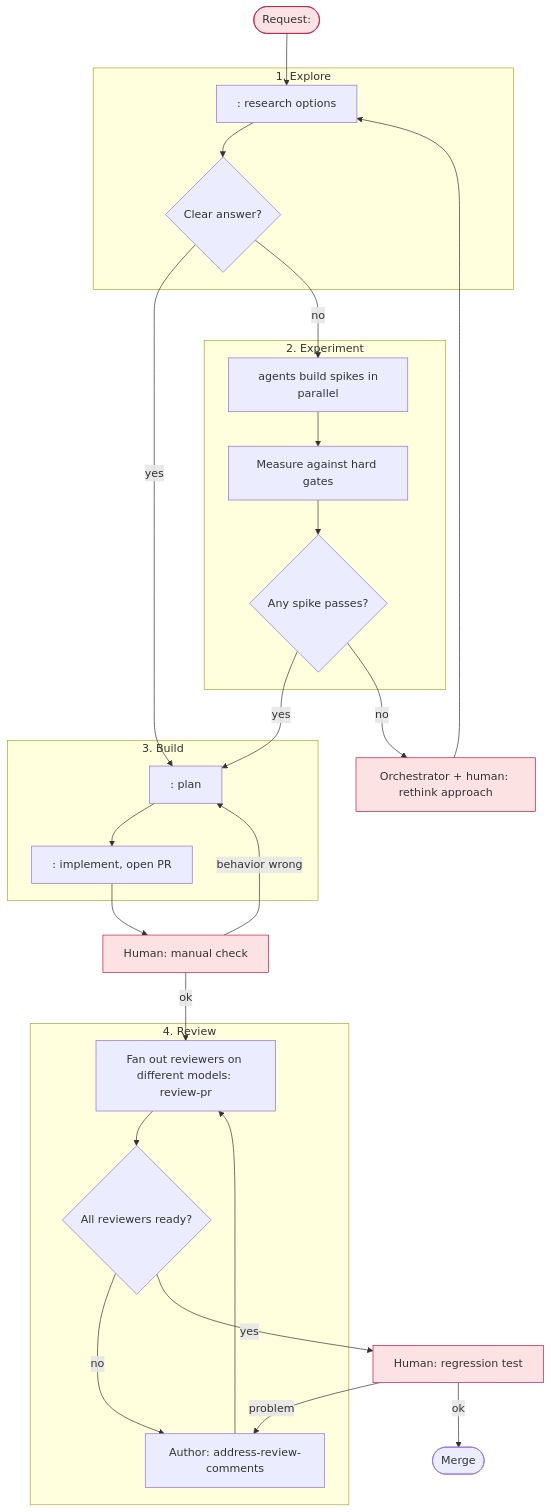
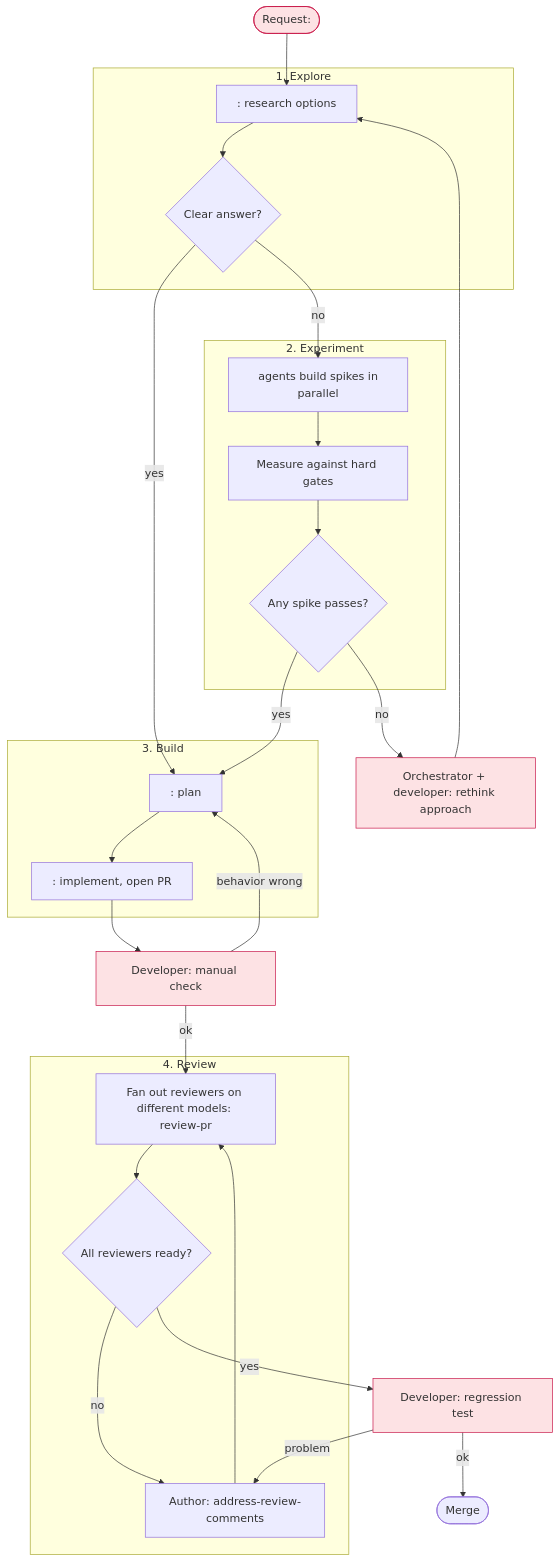
The diagram in workflows/template.md (asura1234/bus), drawn with Mermaid before and after one commit. The commit also changed other lines of this file and 12 other files, not shown here.

First line of the commit message:
docs: call the role that owns the work the developer, not the human

````diff
--- a/workflows/template.md
+++ b/workflows/template.md
@@ -29,45 +29,45 @@
 ```mermaid
 flowchart TD
-    start([Request: <one line>]):::human
+    start([Request: <one line>]):::developer
     start --> research
 
     subgraph explore [1. Explore]
         research[<agent>: research options]
         research --> consensus{Clear answer?}
     end
 
     consensus -- yes --> plan
     consensus -- no --> spikes
 
     subgraph experiment [2. Experiment]
         spikes[<N> agents build spikes in parallel]
         spikes --> measure[Measure against hard gates]
         measure --> pick{Any spike passes?}
     end
 
     pick -- yes --> plan
-    pick -- no --> rethink[Orchestrator + human: rethink approach]:::human
+    pick -- no --> rethink[Orchestrator + developer: rethink approach]:::developer
     rethink --> research
 
     subgraph build [3. Build]
         plan[<agent>: plan] --> implement[<agent>: implement, open PR]
     end
 
-    implement --> verify1[Human: manual check]:::human
+    implement --> verify1[Developer: manual check]:::developer
     verify1 -- behavior wrong --> plan
     verify1 -- ok --> review
 
     subgraph reviewloop [4. Review]
         review[Fan out reviewers on different models: review-pr]
         review --> ready{All reviewers ready?}
         ready -- no --> fix[Author: address-review-comments]
         fix --> review
     end
 
-    ready -- yes --> verify2[Human: regression test]:::human
+    ready -- yes --> verify2[Developer: regression test]:::developer
     verify2 -- problem --> fix
     verify2 -- ok --> done([Merge])
 
-    classDef human fill:#fde2e4,stroke:#c9184a
+    classDef developer fill:#fde2e4,stroke:#c9184a
     classDef current stroke-width:3px,stroke:#2563eb
 ```
````
